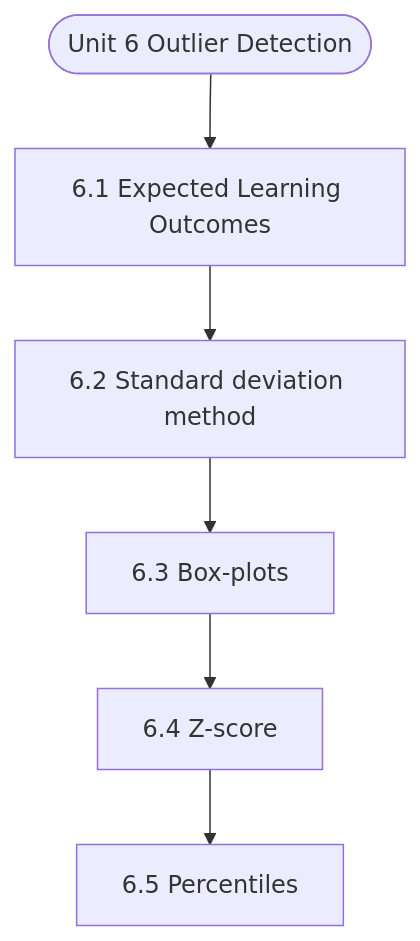
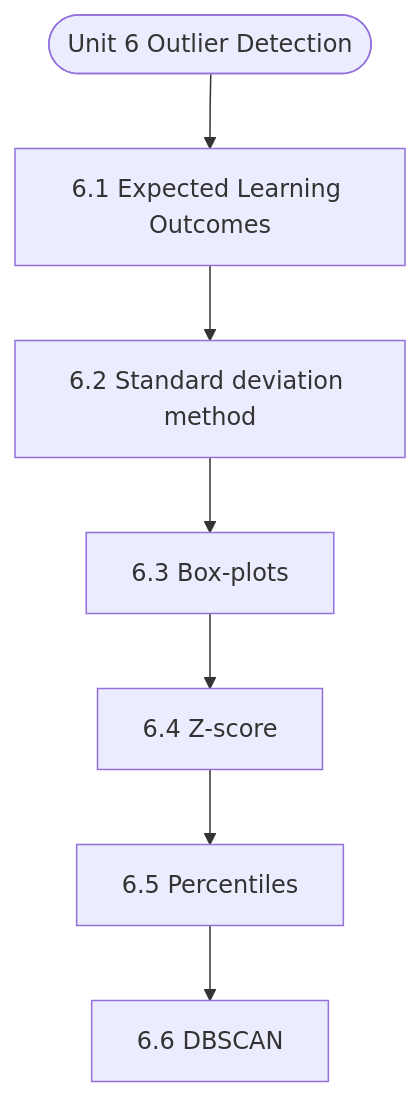
Before and after one commit to Asutosh-Coaching/mscdsa: the diagram in notes/Semester_2/MCS-068_Predictive_Data_Analysis/unit_06_Outlier_Detection.md, drawn with Mermaid. The commit also changed other lines of this file and 116 other files, not shown here.

````diff
--- a/notes/Semester_2/MCS-068_Predictive_Data_Analysis/unit_06_Outlier_Detection.md
+++ b/notes/Semester_2/MCS-068_Predictive_Data_Analysis/unit_06_Outlier_Detection.md
@@ -19,14 +19,16 @@
 ```mermaid
 flowchart TD
   Start(["Unit 6 Outlier Detection"])
   N1["6.1 Expected Learning Outcomes"]
   N2["6.2 Standard deviation method"]
   N3["6.3 Box-plots"]
   N4["6.4 Z-score"]
   N5["6.5 Percentiles"]
+  N6["6.6 DBSCAN"]
   Start --> N1
   N1 --> N2
   N2 --> N3
   N3 --> N4
   N4 --> N5
+  N5 --> N6
 ```
````
